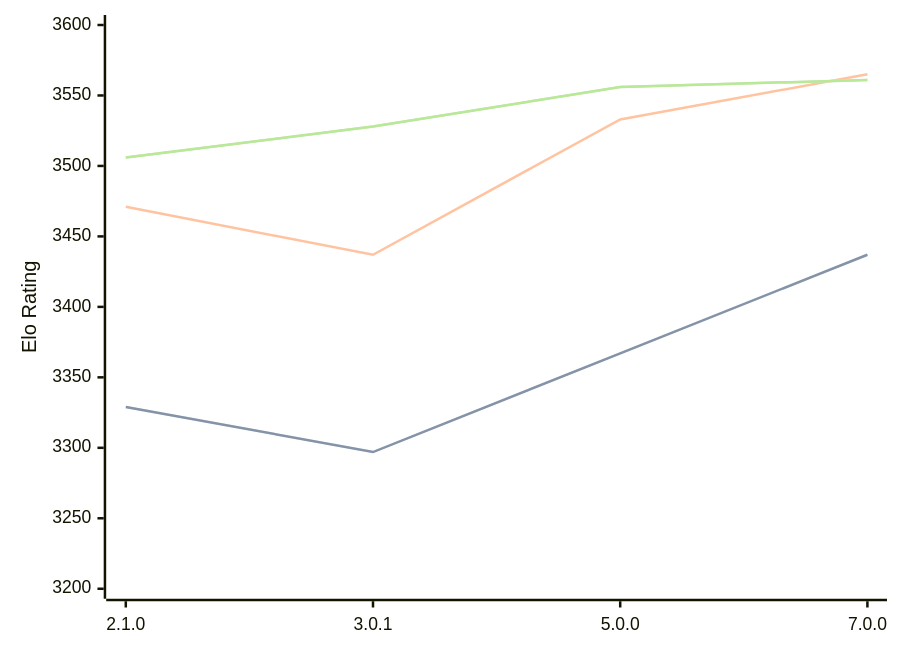
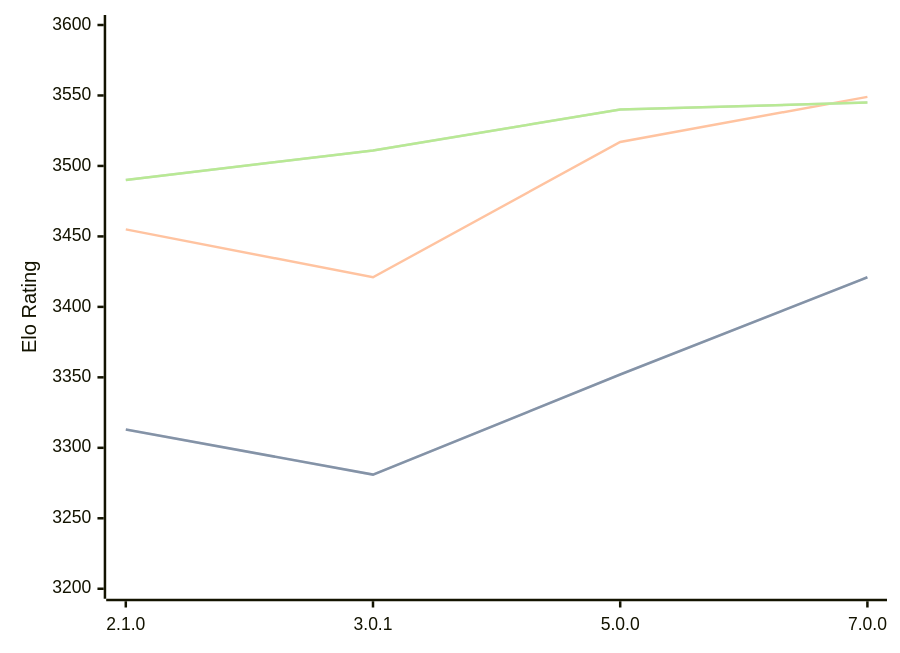
The diagram in engines/PlentyChess.md (computer-chess-index/cci), drawn with Mermaid before and after one commit. The commit also changed other lines of this file, not shown here.

Commit message:
Update CCI Ratings (ELO VLTC) - 2026-05-20

````diff
--- a/engines/PlentyChess.md
+++ b/engines/PlentyChess.md
@@ -45,11 +45,11 @@
 ```mermaid
 %%{init: {"theme":"base","themeVariables":{"seriesColors:['#a3a3a3','#222221','#faa371']}}}%%
 xychart-beta
   x-axis ["2.1.0", "3.0.1", "5.0.0", "7.0.0"]
   y-axis "Elo Rating" 3200 --> 3600
-  line "STC (8.0+0.08s)" [3329, 3297, 3367, 3437]
-  line "STC (8.0+0.08s)" [3329, 3297, 3367, 3437]
-  line "LTC (60.0+0.60s)" [3471, 3437, 3533, 3565]
-  line "VLTC (2m24s+1.12s)" [3506, 3528, 3556, 3561]
-  line "VLTC (2m24s+1.12s)" [3506, 3528, 3556, 3561]
+  line "STC (8.0+0.08s)" [3313, 3281, 3352, 3421]
+  line "STC (8.0+0.08s)" [3313, 3281, 3352, 3421]
+  line "LTC (60.0+0.60s)" [3455, 3421, 3517, 3549]
+  line "VLTC (2m24s+1.12s)" [3490, 3511, 3540, 3545]
+  line "VLTC (2m24s+1.12s)" [3490, 3511, 3540, 3545]
 ```
````
